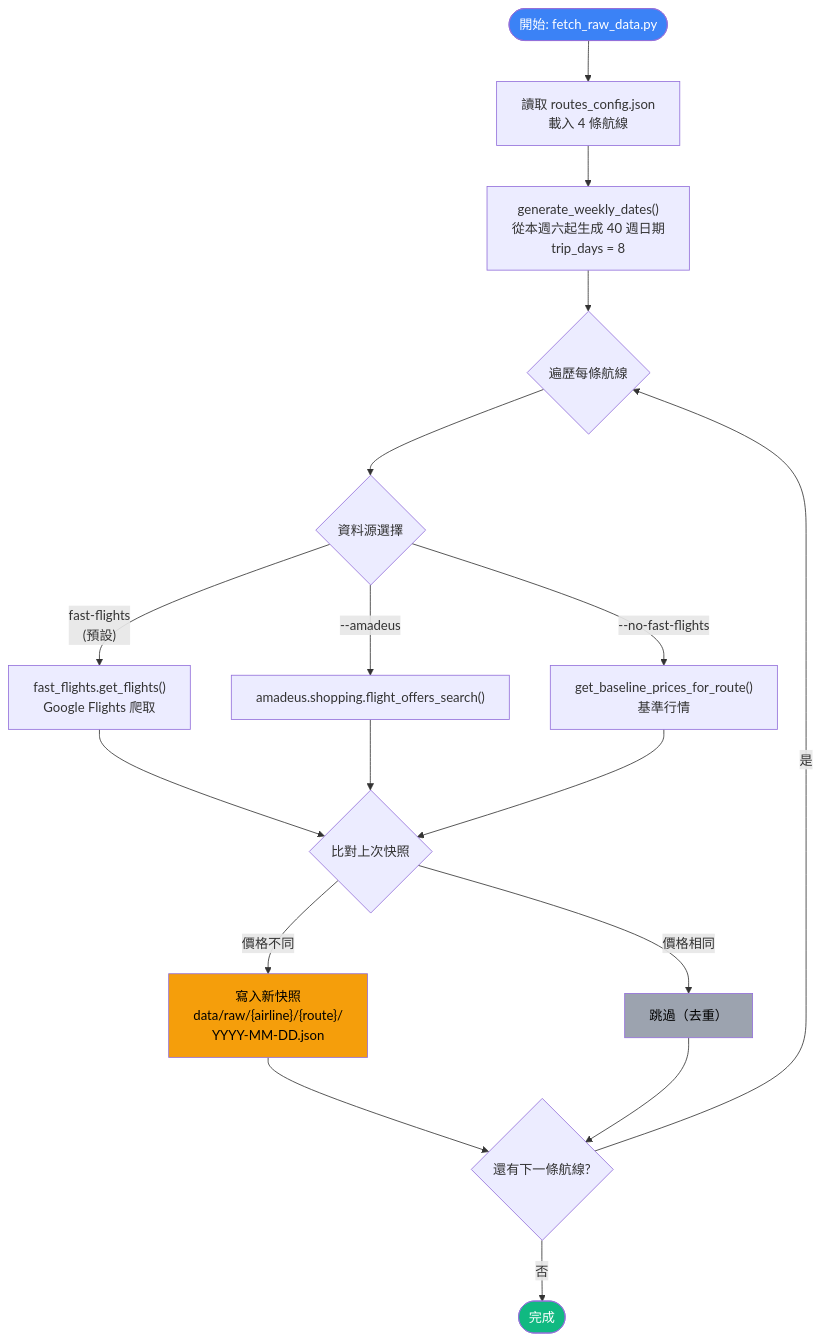
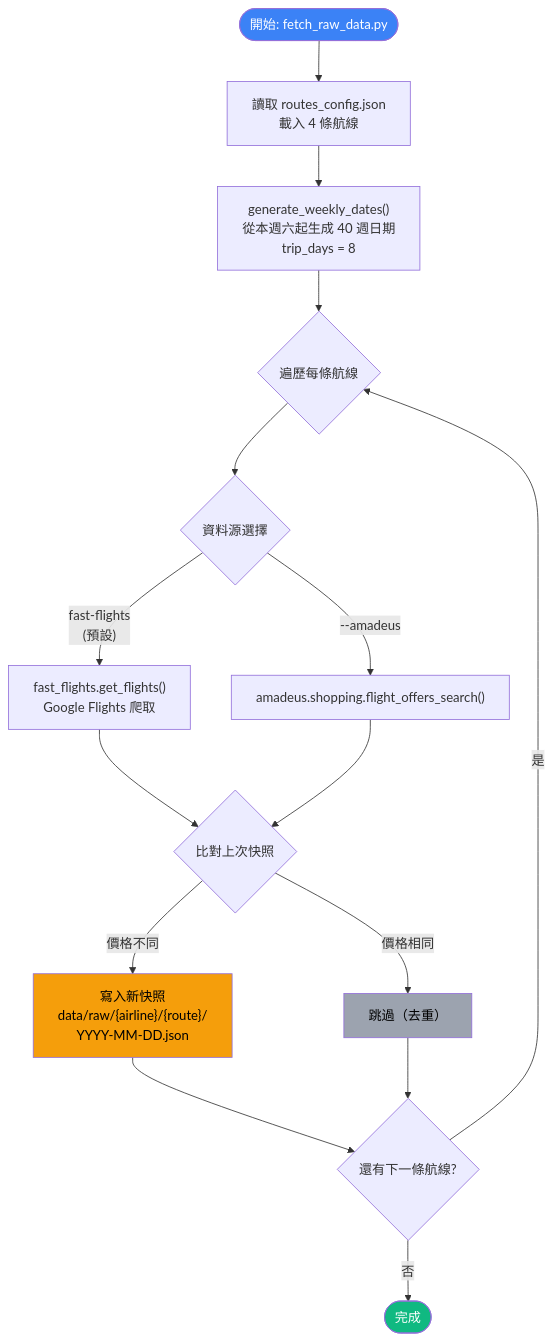
The fifth of 10 diagrams in docs/data-flow.md (YuHaoLiaoSideProject/flight-radar), drawn with Mermaid before and after one commit. The commit also changed other lines of this file and 5 other files, not shown here.

````diff
--- a/docs/data-flow.md
+++ b/docs/data-flow.md
@@ -58,32 +58,29 @@
 ```mermaid
 flowchart TD
     START(["開始: fetch_raw_data.py"]) --> LOAD["讀取 routes_config.json<br/>載入 4 條航線"]
 
     LOAD --> GEN["generate_weekly_dates()<br/>從本週六起生成 40 週日期<br/>trip_days = 8"]
 
     GEN --> LOOP{遍歷每條航線}
 
     LOOP --> CHECK{"資料源選擇"}
 
     CHECK -->|"fast-flights<br/>(預設)"| FF["fast_flights.get_flights()<br/>Google Flights 爬取"]
     CHECK -->|"--amadeus"| AMA["amadeus.shopping.flight_offers_search()"]
-    CHECK -->|"--no-fast-flights"| BASE["get_baseline_prices_for_route()<br/>基準行情"]
-
     FF --> COMPARE{"比對上次快照"}
     AMA --> COMPARE
-    BASE --> COMPARE
 
     COMPARE -->|"價格不同"| WRITE["寫入新快照<br/>data/raw/{airline}/{route}/<br/>YYYY-MM-DD.json"]
     COMPARE -->|"價格相同"| SKIP["跳過（去重）"]
 
     WRITE --> NEXT{"還有下一條航線?"}
     SKIP --> NEXT
 
     NEXT -->|"是"| LOOP
     NEXT -->|"否"| DONE(["完成"])
 
     style START fill:#3B82F6,color:#fff
     style DONE fill:#10B981,color:#fff
     style WRITE fill:#F59E0B,color:#000
     style SKIP fill:#9CA3AF,color:#000
 ```
````
